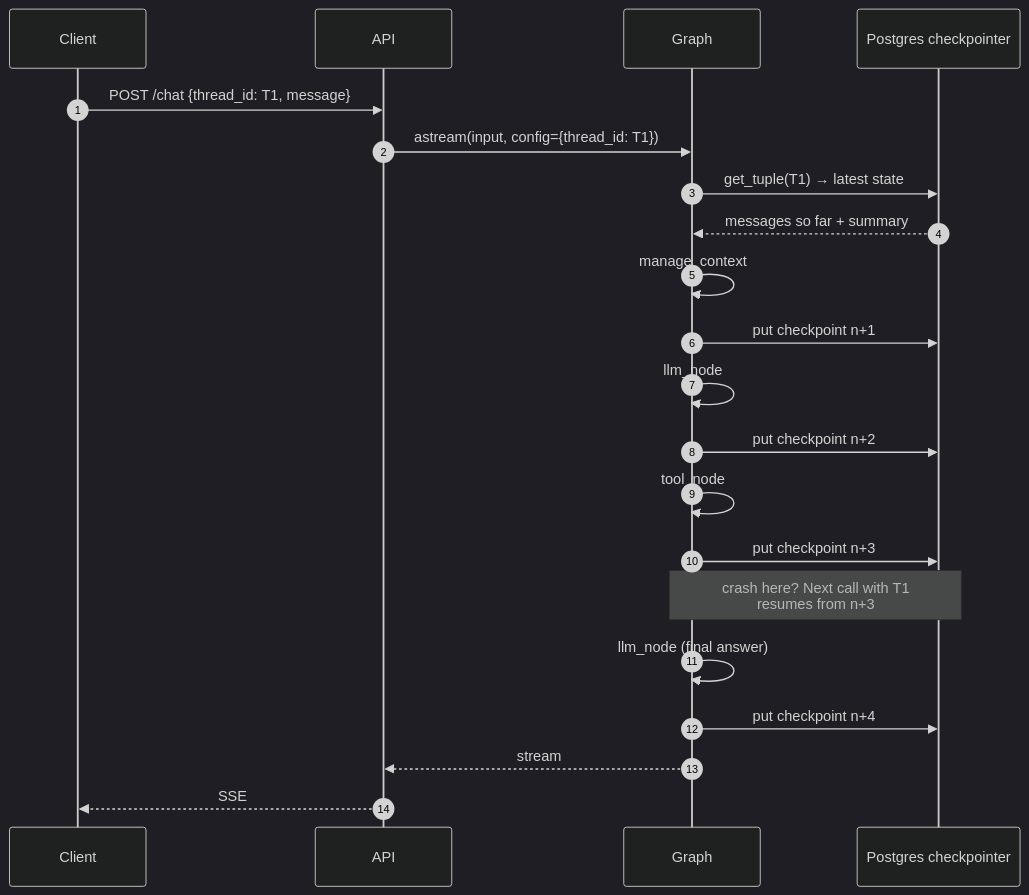
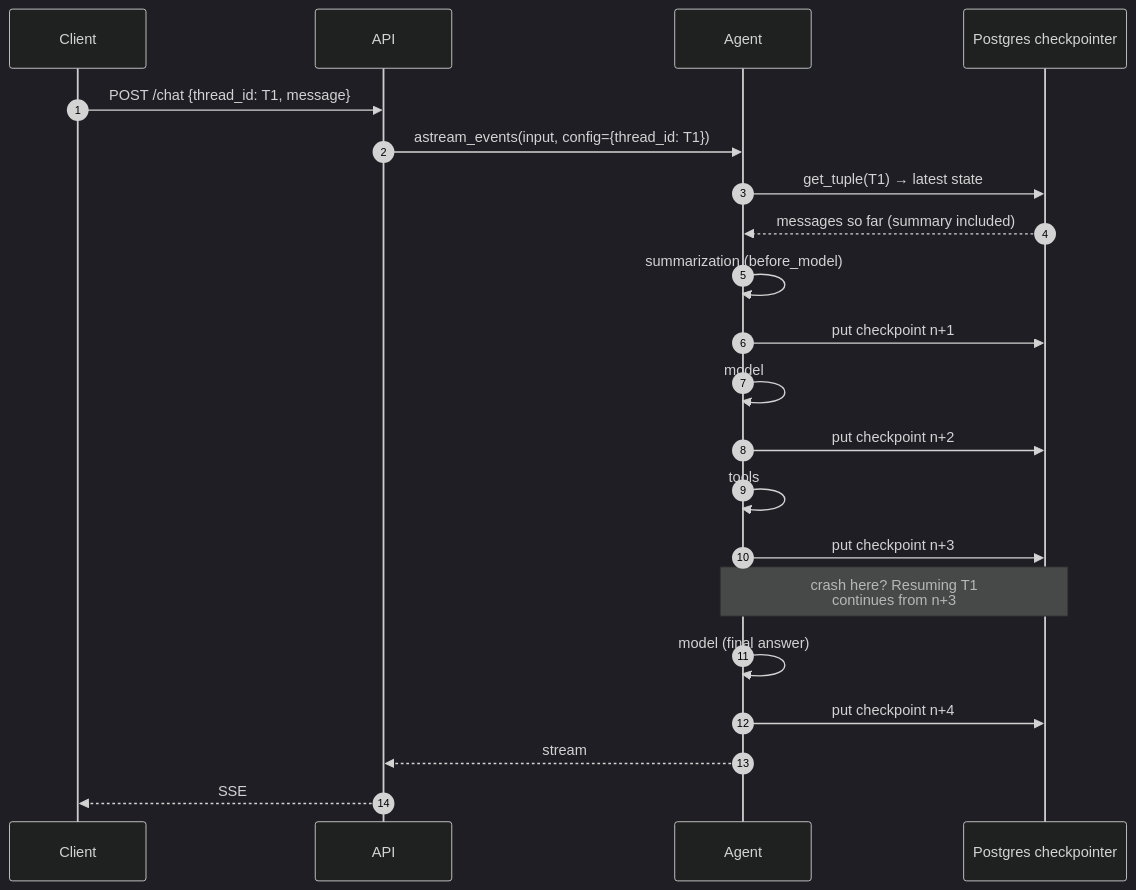
One commit to Anirudh1905/agentic-ai-chatbot changed the second of 3 diagrams in docs/phase-3-short-term-memory-checkpointing.md. Above: the diagram before and after it, drawn with Mermaid (dark theme). The commit also changed other lines of this file and 37 other files, not shown here.

````diff
--- a/docs/phase-3-short-term-memory-checkpointing.md
+++ b/docs/phase-3-short-term-memory-checkpointing.md
@@ -49,24 +49,24 @@
 ```mermaid
 sequenceDiagram
     autonumber
     participant C as Client
     participant A as API
-    participant G as Graph
+    participant G as Agent
     participant P as Postgres checkpointer
 
     C->>A: POST /chat {thread_id: T1, message}
-    A->>G: astream(input, config={thread_id: T1})
+    A->>G: astream_events(input, config={thread_id: T1})
     G->>P: get_tuple(T1) → latest state
-    P-->>G: messages so far + summary
-    G->>G: manage_context
+    P-->>G: messages so far (summary included)
+    G->>G: summarization (before_model)
     G->>P: put checkpoint n+1
-    G->>G: llm_node
+    G->>G: model
     G->>P: put checkpoint n+2
-    G->>G: tool_node
+    G->>G: tools
     G->>P: put checkpoint n+3
-    Note over G,P: crash here? Next call with T1<br/>resumes from n+3
-    G->>G: llm_node (final answer)
+    Note over G,P: crash here? Resuming T1<br/>continues from n+3
+    G->>G: model (final answer)
     G->>P: put checkpoint n+4
     G-->>A: stream
     A-->>C: SSE
 ```
````
